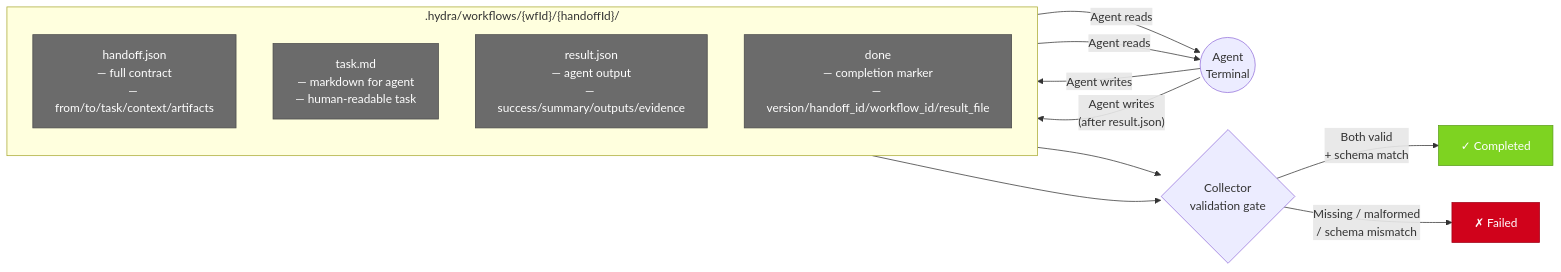
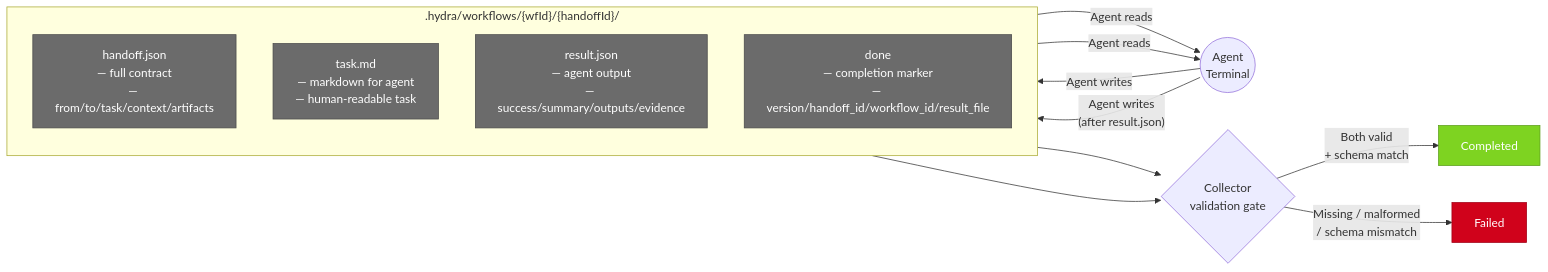
Before and after one commit to blueberrycongee/termcanvas: the fourth of 6 diagrams in docs/hydra-panorama-flow.md, drawn with Mermaid. The commit also changed other lines of this file and 1 other file, not shown here.

First line of the commit message:
fix(docs): sanitize Mermaid syntax for GitHub rendering

````diff
--- a/docs/hydra-panorama-flow.md
+++ b/docs/hydra-panorama-flow.md
@@ -258,25 +246,25 @@
 ```mermaid
 flowchart LR
     classDef file fill:#6b6b6b,stroke:#4a4a4a,color:#fff
     classDef valid fill:#7ed321,stroke:#5a9e18,color:#fff
     classDef invalid fill:#d0021b,stroke:#a00116,color:#fff
 
     subgraph PACKAGE [".hydra/workflows/{wfId}/{handoffId}/"]
         direction TB
         HF[handoff.json\n— full contract\n— from/to/task/context/artifacts]:::file
         TM[task.md\n— markdown for agent\n— human-readable task]:::file
         RJ[result.json\n— agent output\n— success/summary/outputs/evidence]:::file
         DM[done\n— completion marker\n— version/handoff_id/workflow_id/result_file]:::file
     end
 
     HF -- "Agent reads" --> AGENT((Agent\nTerminal))
     TM -- "Agent reads" --> AGENT
     AGENT -- "Agent writes" --> RJ
     AGENT -- "Agent writes\n(after result.json)" --> DM
 
     DM --> COLLECTOR{Collector\nvalidation gate}
     RJ --> COLLECTOR
 
-    COLLECTOR -- "Both valid\n+ schema match" --> PASS[✓ Completed]:::valid
-    COLLECTOR -- "Missing / malformed\n/ schema mismatch" --> REJECT[✗ Failed]:::invalid
+    COLLECTOR -- "Both valid\n+ schema match" --> PASS[Completed]:::valid
+    COLLECTOR -- "Missing / malformed\n/ schema mismatch" --> REJECT[Failed]:::invalid
 ```
````
